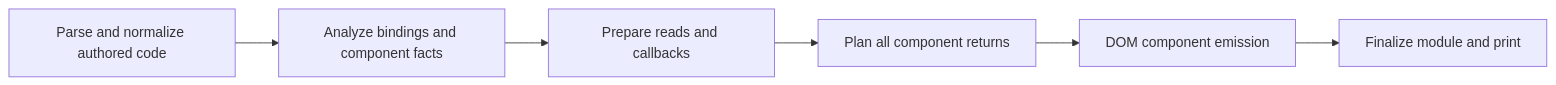
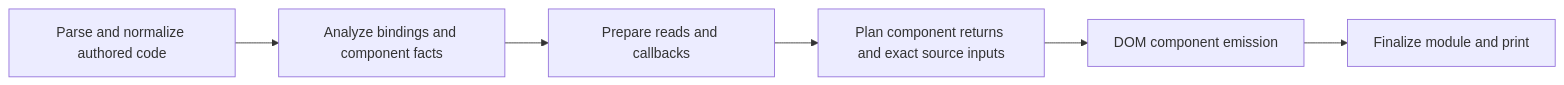
The diagram in docs/compiler-architecture.md (snrraptopack/memo-exp), drawn with Mermaid before and after one commit. The commit also changed other lines of this file and 10 other files, not shown here.

````diff
--- a/docs/compiler-architecture.md
+++ b/docs/compiler-architecture.md
@@ -17,8 +17,8 @@
 ```mermaid
 flowchart LR
   A[Parse and normalize authored code] --> B[Analyze bindings and component facts]
   B --> C[Prepare reads and callbacks]
-  C --> D[Plan all component returns]
+  C --> D[Plan component returns and exact source inputs]
   D --> E[DOM component emission]
   E --> F[Finalize module and print]
 ```
````
